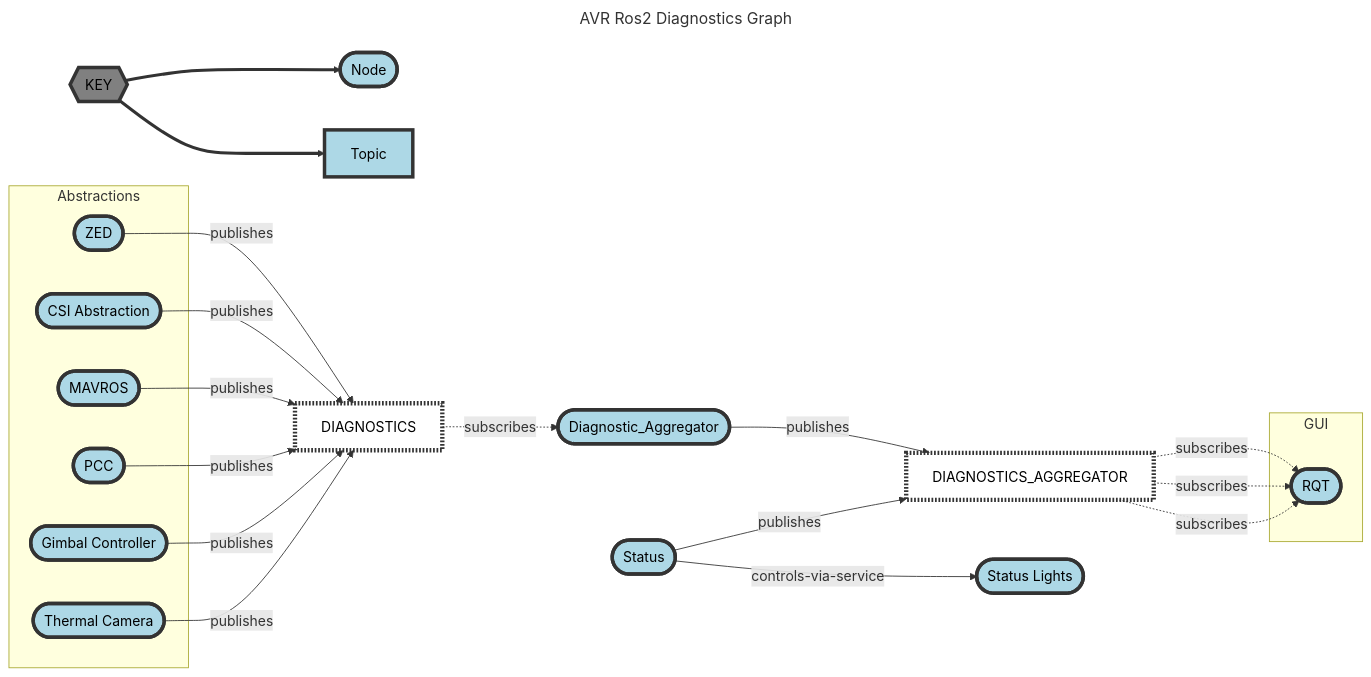
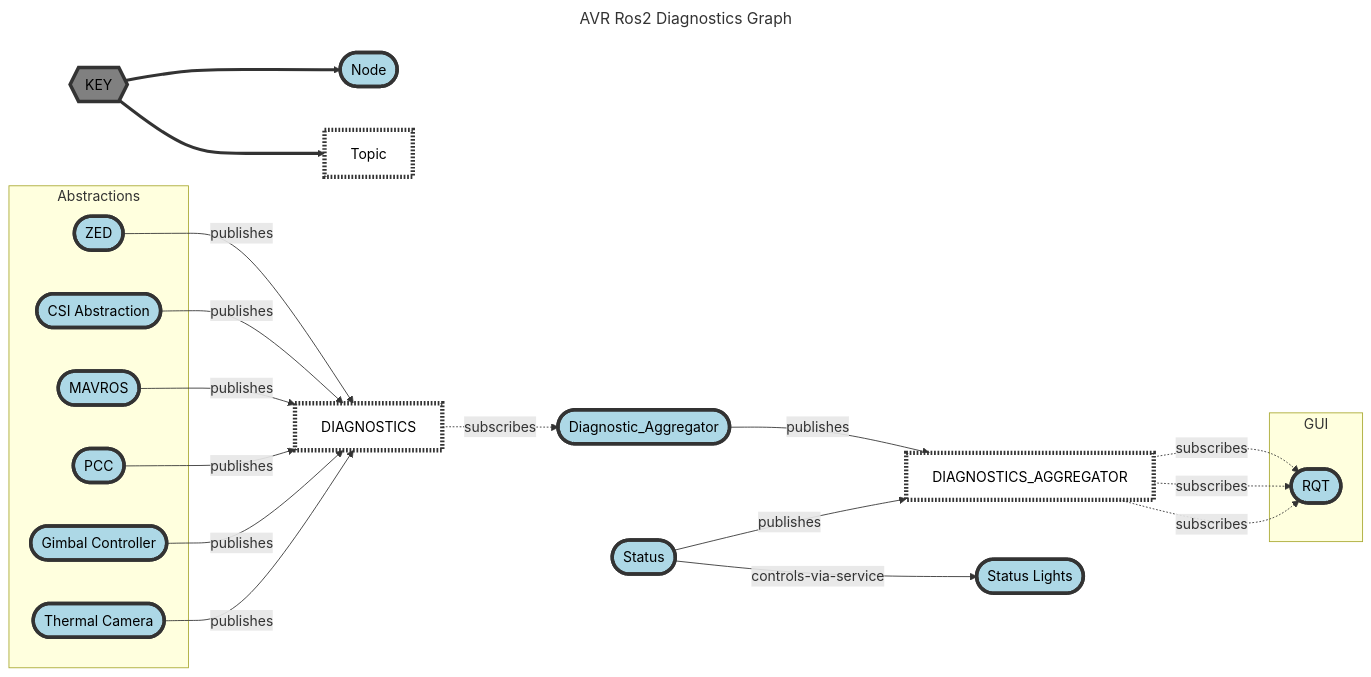
One commit to Daedalus-Robotics/avr_2023_documentation changed the diagram in README.md. Above: the diagram before and after it, drawn with Mermaid.

````diff
--- a/README.md
+++ b/README.md
@@ -1,53 +1,53 @@
 ```mermaid
 ---
 title: AVR Ros2 Diagnostics Graph
 ---
 flowchart LR
     
     classDef node fill:lightBlue,color:black,stroke:#333,stroke-width:4px
     classDef topic fill:white,color:black,stroke:#333,stroke-width:5px, stroke-dasharray: 2 2
 
     classDef key fill:gray,color:black,stroke:#333,stroke-width:4px
     
-    legend{{KEY}}:::key==>i1([Node])
-    legend==>i2[Topic]
+    legend{{KEY}}:::key==>i1([Node]):::node
+    legend==>i2[Topic]:::topic
     
     diagnostics_topic[DIAGNOSTICS]:::topic
     diag_agg([Diagnostic_Aggregator])
     diag_agg_topic[DIAGNOSTICS_AGGREGATOR]:::topic
     status_node([Status])
     status_lights([Status Lights])
     RQT/GUI([RQT])
     
     zed([ZED])
     
    
     
     subgraph Abstractions 
         zed
         CSI_abs
         Mavros
         PCC
         gimcont
         themcam
     end
     
     subgraph GUI 
         RQT/GUI
     end
     
     zed --publishes-->diagnostics_topic
     CSI_abs([CSI Abstraction]) --publishes-->diagnostics_topic
     Mavros([MAVROS]) --publishes-->diagnostics_topic
     PCC([PCC]) --publishes-->diagnostics_topic
     gimcont([Gimbal Controller]) --publishes-->diagnostics_topic
     themcam([Thermal Camera]) --publishes-->diagnostics_topic
     diagnostics_topic -. subscribes .->diag_agg
     diag_agg --publishes-->diag_agg_topic
     status_node --publishes-->diag_agg_topic
     status_node --controls-via-service-->status_lights
     diag_agg_topic -. subscribes .-> RQT/GUI
     diag_agg_topic -. subscribes .-> RQT/GUI
     diag_agg_topic -. subscribes .-> RQT/GUI 
 
 ```
````
